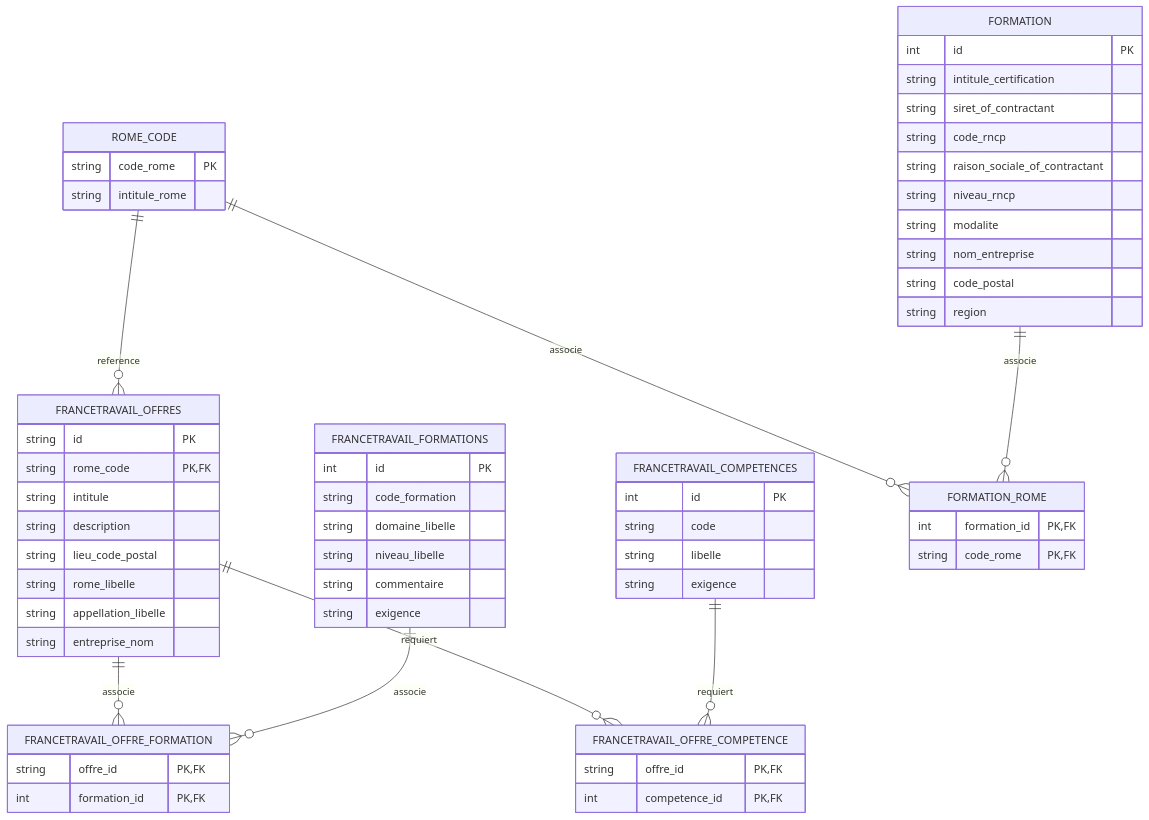
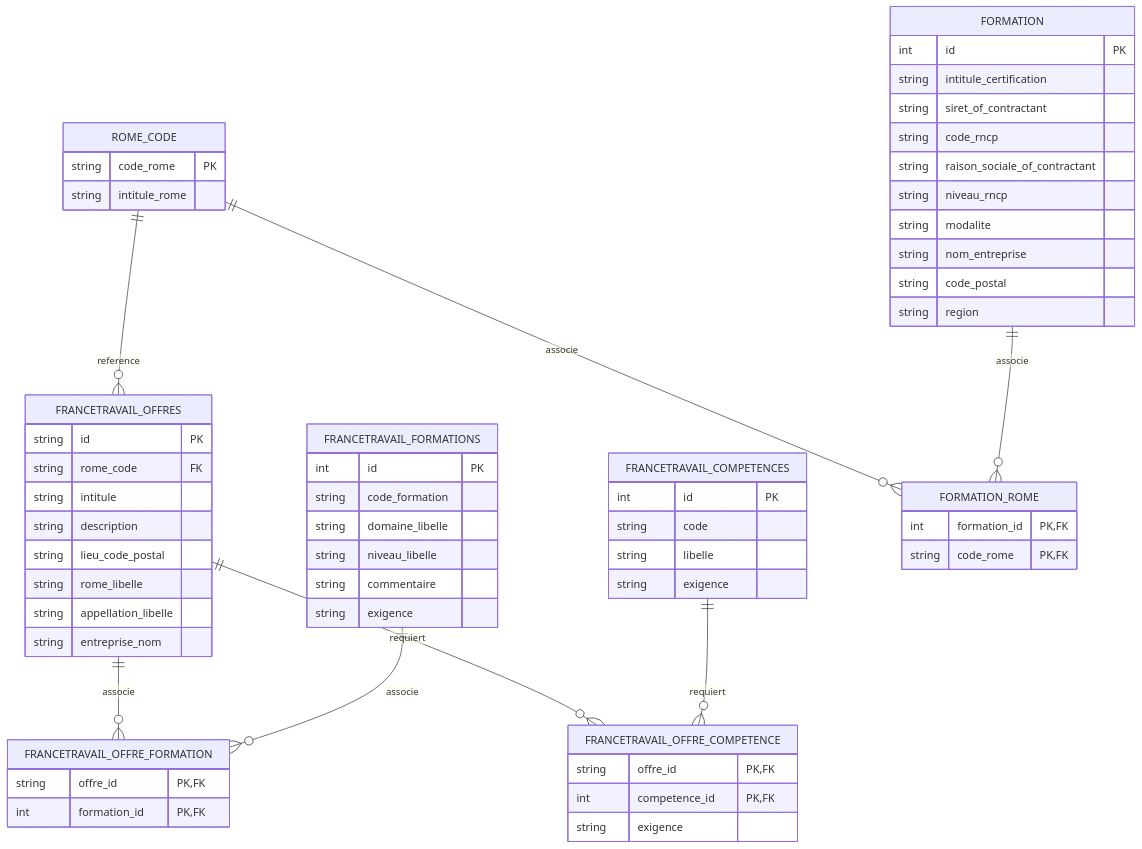
Before and after one commit to cmoileboss/observia-emploi: the diagram in README.md, drawn with Mermaid. The commit also changed 5 other files, not shown here.

````diff
--- a/README.md
+++ b/README.md
@@ -196,70 +196,71 @@
 ```mermaid
 erDiagram
 	FRANCETRAVAIL_OFFRES ||--o{ FRANCETRAVAIL_OFFRE_FORMATION : associe
 	FRANCETRAVAIL_FORMATIONS ||--o{ FRANCETRAVAIL_OFFRE_FORMATION : associe
 	FRANCETRAVAIL_OFFRES ||--o{ FRANCETRAVAIL_OFFRE_COMPETENCE : requiert
 	FRANCETRAVAIL_COMPETENCES ||--o{ FRANCETRAVAIL_OFFRE_COMPETENCE : requiert
 	ROME_CODE ||--o{ FRANCETRAVAIL_OFFRES : reference
 	ROME_CODE ||--o{ FORMATION_ROME : associe
 	FORMATION ||--o{ FORMATION_ROME : associe
 
 	FRANCETRAVAIL_OFFRES {
 		string id PK
-		string rome_code PK, FK
+		string rome_code FK
 		string intitule
 		string description
 		string lieu_code_postal
 		string rome_libelle
 		string appellation_libelle
 		string entreprise_nom
 	}
 
 	ROME_CODE {
 		string code_rome PK
 		string intitule_rome
 	}
 
 	FRANCETRAVAIL_FORMATIONS {
 		int id PK
 		string code_formation
 		string domaine_libelle
 		string niveau_libelle
 		string commentaire
 		string exigence
 	}
 
 	FRANCETRAVAIL_COMPETENCES {
 		int id PK
 		string code
 		string libelle
 		string exigence
 	}
 
 	FRANCETRAVAIL_OFFRE_FORMATION {
 		string offre_id PK, FK
 		int formation_id PK, FK
 	}
 
 	FRANCETRAVAIL_OFFRE_COMPETENCE {
 		string offre_id PK, FK
 		int competence_id PK, FK
+		string exigence
 	}
 
 	FORMATION_ROME {
 		int formation_id PK, FK
 		string code_rome PK, FK
 	}
 
 	FORMATION {
 		int id PK
 		string intitule_certification
 		string siret_of_contractant
 		string code_rncp
 		string raison_sociale_of_contractant
 		string niveau_rncp
 		string modalite
 		string nom_entreprise
 		string code_postal
 		string region
 	}
 ```  
````
